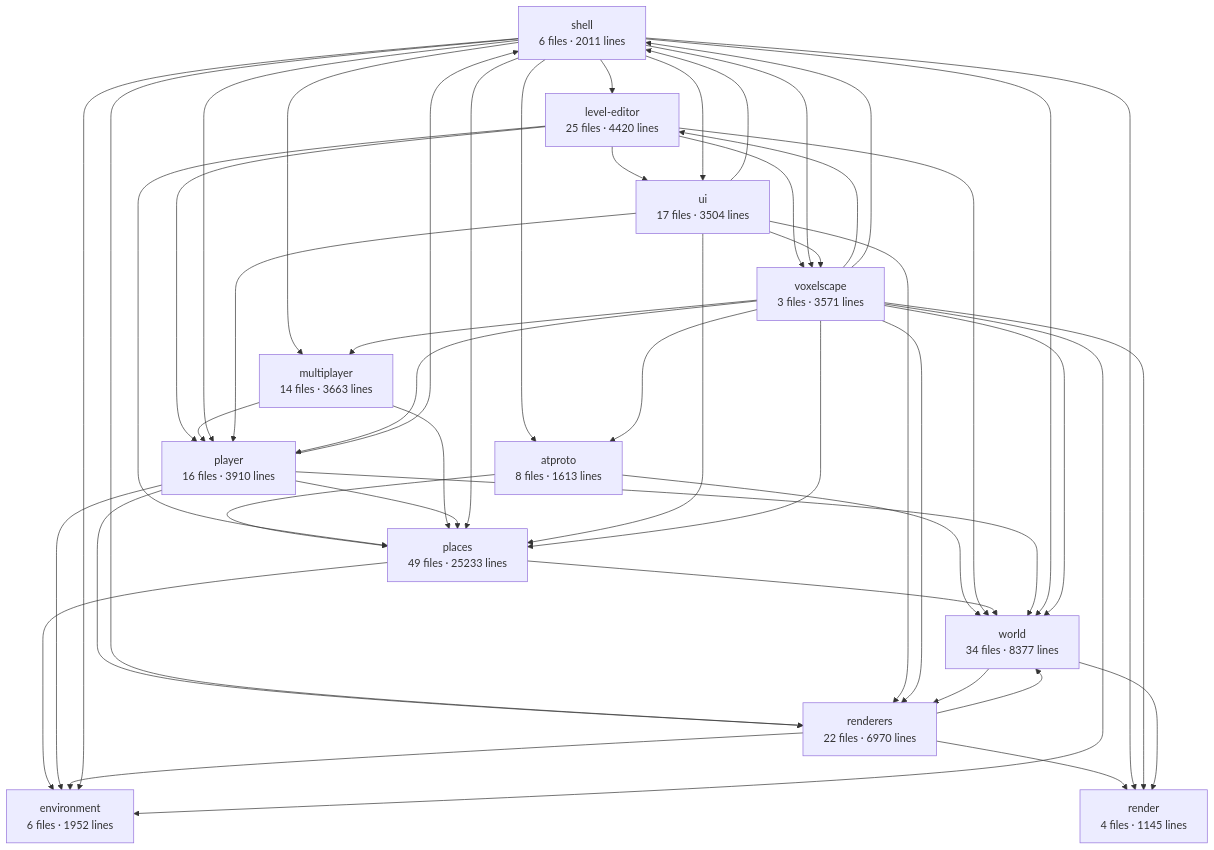
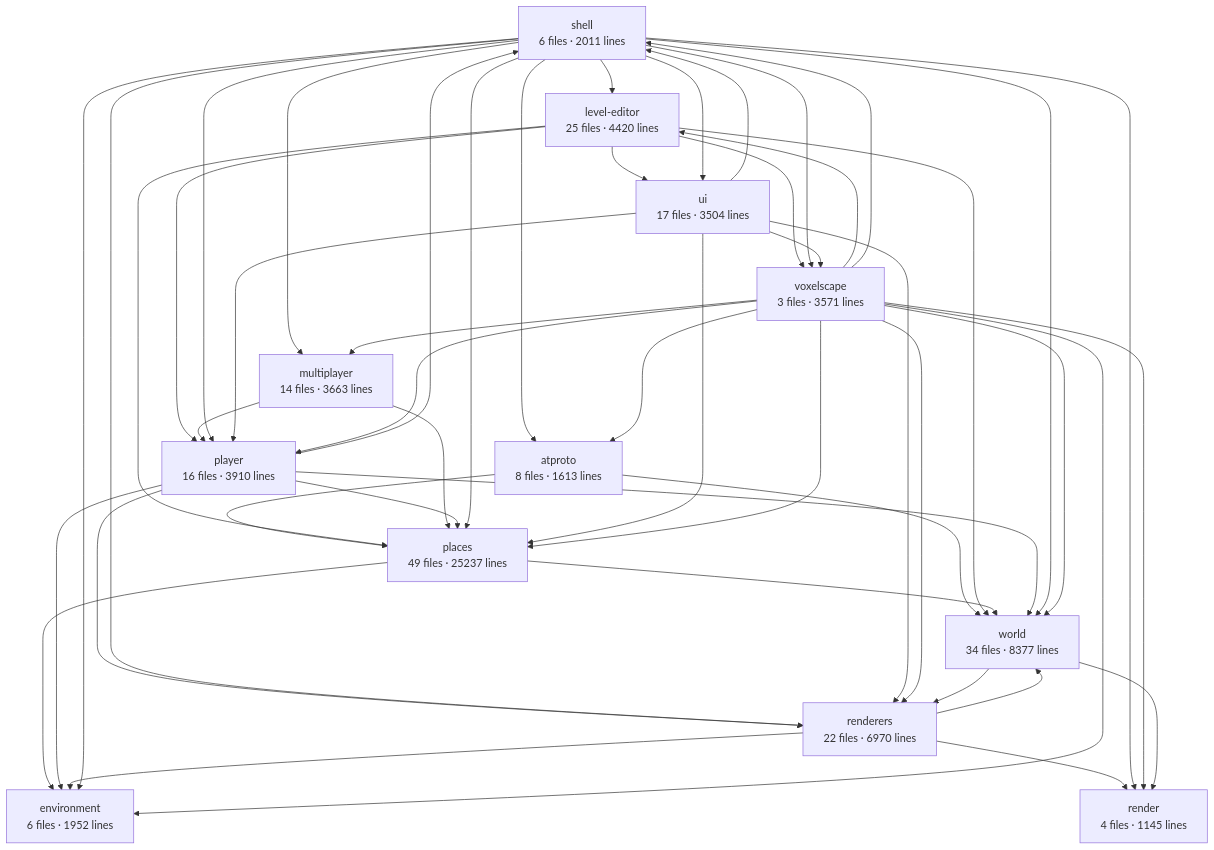
One commit to big-mesh-studios/big-mesh-studios changed the diagram in apps/voxelscape/docs/architecture.md. Above: the diagram before and after it, drawn with Mermaid. The commit also changed other lines of this file and 2 other files, not shown here.

````diff
--- a/apps/voxelscape/docs/architecture.md
+++ b/apps/voxelscape/docs/architecture.md
@@ -6,62 +6,62 @@
 ```mermaid
 graph TD
   shell["shell<br/>6 files · 2011 lines"]
   voxelscape["voxelscape<br/>3 files · 3571 lines"]
   world["world<br/>34 files · 8377 lines"]
   renderers["renderers<br/>22 files · 6970 lines"]
   render["render<br/>4 files · 1145 lines"]
   player["player<br/>16 files · 3910 lines"]
   multiplayer["multiplayer<br/>14 files · 3663 lines"]
-  places["places<br/>49 files · 25233 lines"]
+  places["places<br/>49 files · 25237 lines"]
   environment["environment<br/>6 files · 1952 lines"]
   atproto["atproto<br/>8 files · 1613 lines"]
   ui["ui<br/>17 files · 3504 lines"]
   level-editor["level-editor<br/>25 files · 4420 lines"]
   atproto --> places
   atproto --> world
   level-editor --> places
   level-editor --> player
   level-editor --> ui
   level-editor --> voxelscape
   level-editor --> world
   multiplayer --> places
   multiplayer --> player
   places --> environment
   places --> world
   player --> environment
   player --> places
   player --> renderers
   player --> shell
   player --> world
   renderers --> environment
   renderers --> render
   renderers --> world
   shell --> atproto
   shell --> environment
   shell --> level-editor
   shell --> multiplayer
   shell --> places
   shell --> player
   shell --> render
   shell --> renderers
   shell --> ui
   shell --> voxelscape
   shell --> world
   ui --> places
   ui --> player
   ui --> renderers
   ui --> shell
   ui --> voxelscape
   voxelscape --> atproto
   voxelscape --> environment
   voxelscape --> level-editor
   voxelscape --> multiplayer
   voxelscape --> places
   voxelscape --> player
   voxelscape --> render
   voxelscape --> renderers
   voxelscape --> shell
   voxelscape --> world
   world --> render
   world --> renderers
 ```
````
